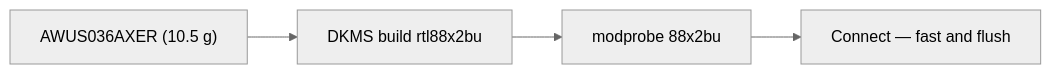
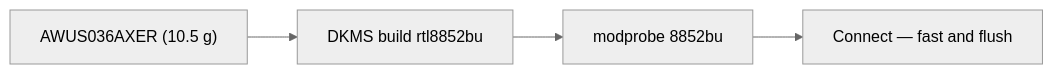
Before and after one commit to yopitek/yupitek-wiki: the diagram in docs/01-alfa-network/products/awus036axer/index.md, drawn with Mermaid (neutral theme). The commit also changed other lines of this file and 8 other files, not shown here.

````diff
--- a/docs/01-alfa-network/products/awus036axer/index.md
+++ b/docs/01-alfa-network/products/awus036axer/index.md
@@ -47,6 +47,6 @@
 ```mermaid
 flowchart LR
-    A["AWUS036AXER (10.5 g)"] --> B["DKMS build rtl88x2bu"]
-    B --> C["modprobe 88x2bu"]
+    A["AWUS036AXER (10.5 g)"] --> B["DKMS build rtl8852bu"]
+    B --> C["modprobe 8852bu"]
     C --> D["Connect — fast and flush"]
 ```
````
